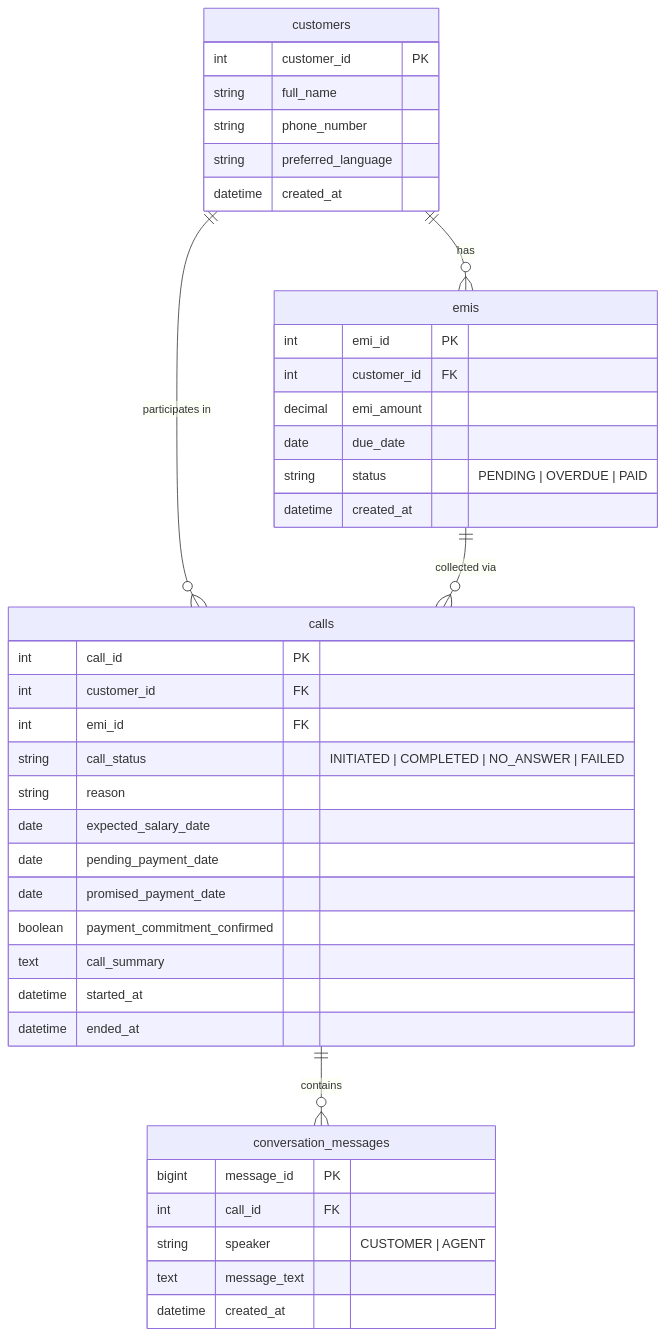
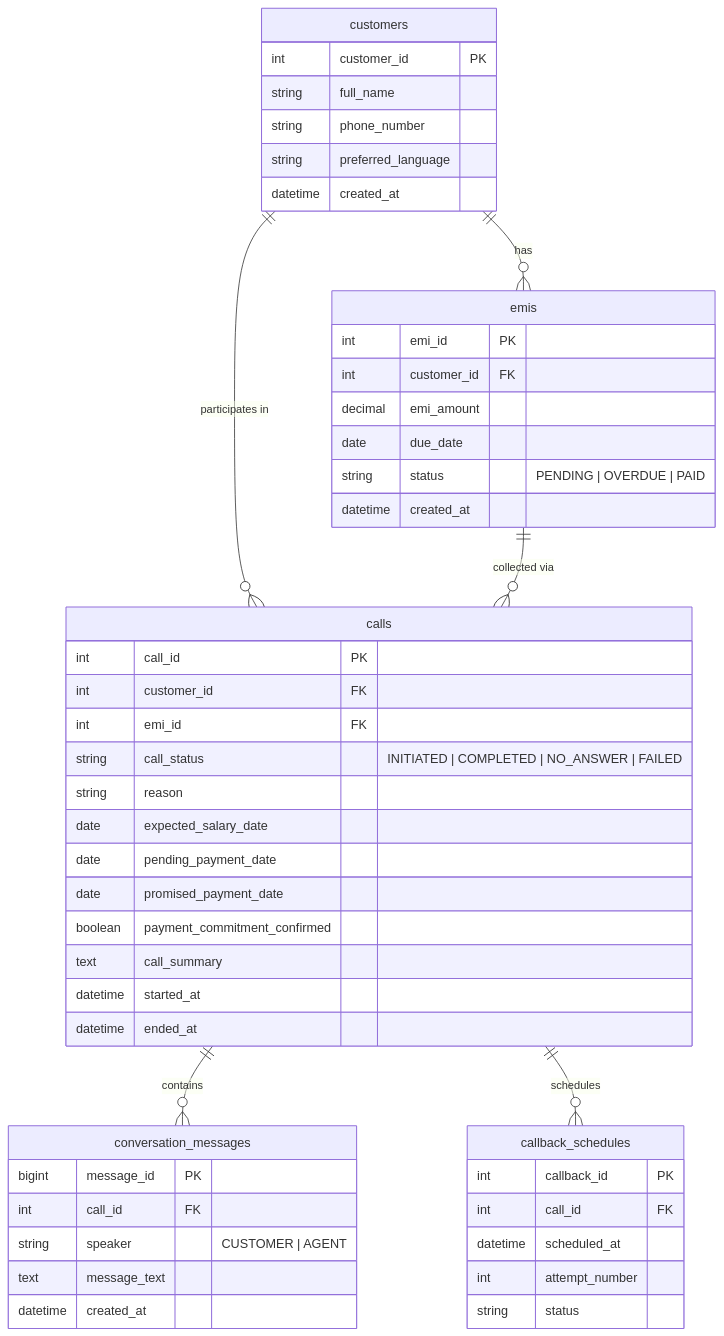
The second of 2 diagrams in ARCHITECTURE.md (RAVIPATIUDAYKIRAN/EMI-Voice-agent), drawn with Mermaid before and after one commit. The commit also changed other lines of this file and 44 other files, not shown here.

````diff
--- a/ARCHITECTURE.md
+++ b/ARCHITECTURE.md
@@ -105,47 +132,56 @@
 ```mermaid
 erDiagram
     customers ||--o{ emis : "has"
     customers ||--o{ calls : "participates in"
     emis ||--o{ calls : "collected via"
     calls ||--o{ conversation_messages : "contains"
+    calls ||--o{ callback_schedules : "schedules"
 
     customers {
         int customer_id PK
         string full_name
         string phone_number
         string preferred_language
         datetime created_at
     }
 
     emis {
         int emi_id PK
         int customer_id FK
         decimal emi_amount
         date due_date
         string status "PENDING | OVERDUE | PAID"
         datetime created_at
     }
 
     calls {
         int call_id PK
         int customer_id FK
         int emi_id FK
         string call_status "INITIATED | COMPLETED | NO_ANSWER | FAILED"
         string reason
         date expected_salary_date
         date pending_payment_date
         date promised_payment_date
         boolean payment_commitment_confirmed
         text call_summary
         datetime started_at
         datetime ended_at
     }
 
     conversation_messages {
         bigint message_id PK
         int call_id FK
         string speaker "CUSTOMER | AGENT"
         text message_text
         datetime created_at
     }
+
+    callback_schedules {
+        int callback_id PK
+        int call_id FK
+        datetime scheduled_at
+        int attempt_number
+        string status
+    }
 ```
````
